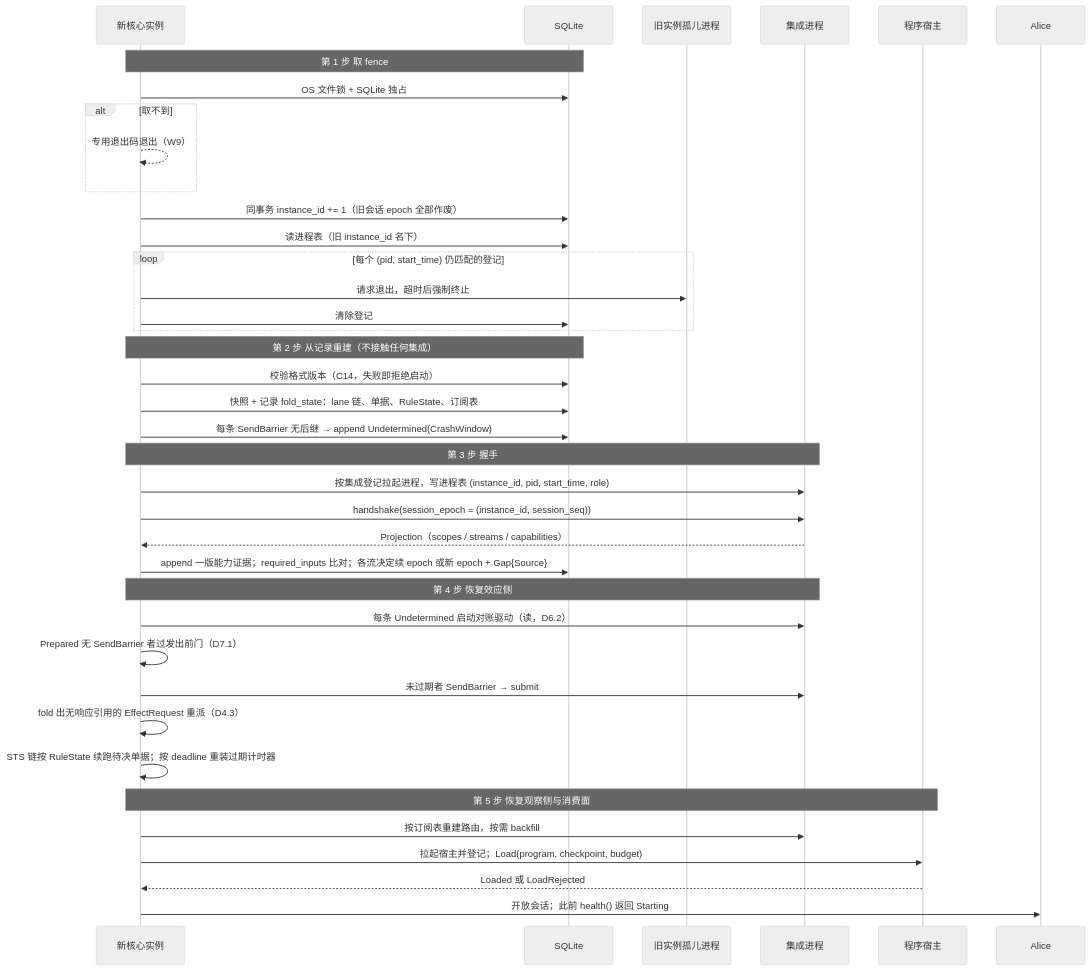
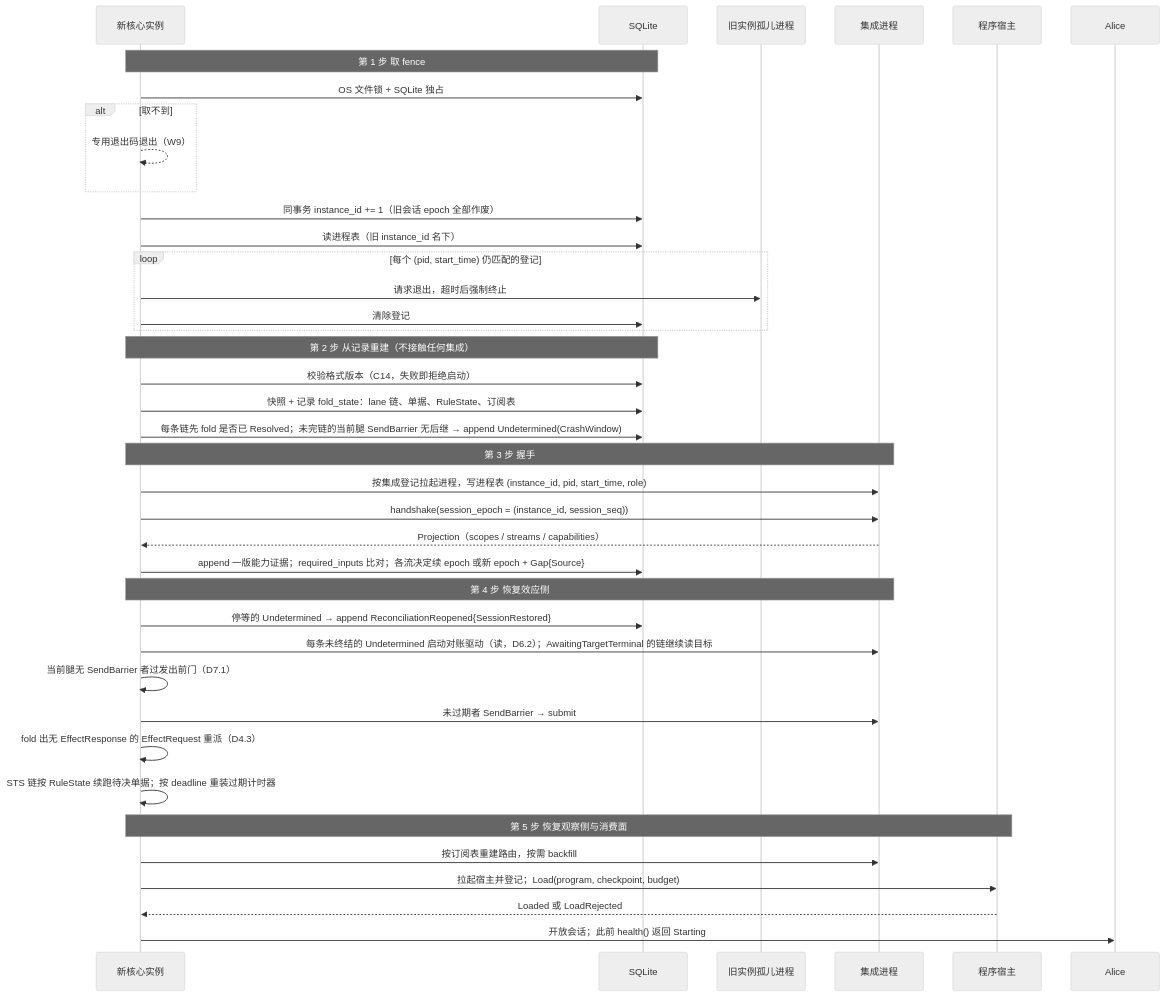
One commit to mouriya-s-lab/uta changed the second of 4 diagrams in design/diagrams/01-process-topology.md. Above: the diagram before and after it, drawn with Mermaid (neutral theme). The commit also changed other lines of this file and 9 other files, not shown here.

Commit message:
设计：并入 astra 复核——腿身份 AttemptRef、回执/证据字节归执行事实、EffectResponse 完成事实、AwaitingTargetTerminal 有界出口、ReconciliationReopened 重开取证、取证记录矩阵（Unavailable 不算取证）、lane 集合语义贯通、恢复先判 Resolved、alignment 读当前流末 + checked_as_of、一版一决 Conflict(AlreadyDecided)、Lag/完备位置切面、唯一边=类型依赖与语义消费、XA 类比改设计标签；图 D1–D9 同步

````diff
--- a/design/diagrams/01-process-topology.md
+++ b/design/diagrams/01-process-topology.md
@@ -49,40 +49,41 @@
 ```mermaid
 sequenceDiagram
   participant N as 新核心实例
   participant DB as SQLite
   participant O as 旧实例孤儿进程
   participant I as 集成进程
   participant H as 程序宿主
   participant A as Alice
   Note over N,DB: 第 1 步 取 fence
   N->>DB: OS 文件锁 + SQLite 独占
   alt 取不到
     N-->>N: 专用退出码退出（W9）
   end
   N->>DB: 同事务 instance_id += 1（旧会话 epoch 全部作废）
   N->>DB: 读进程表（旧 instance_id 名下）
   loop 每个 (pid, start_time) 仍匹配的登记
     N->>O: 请求退出，超时后强制终止
     N->>DB: 清除登记
   end
   Note over N,DB: 第 2 步 从记录重建（不接触任何集成）
   N->>DB: 校验格式版本（C14，失败即拒绝启动）
   N->>DB: 快照 + 记录 fold_state：lane 链、单据、RuleState、订阅表
-  N->>DB: 每条 SendBarrier 无后继 → append Undetermined(CrashWindow)
+  N->>DB: 每条链先 fold 是否已 Resolved；未完链的当前腿 SendBarrier 无后继 → append Undetermined(CrashWindow)
   Note over N,I: 第 3 步 握手
   N->>I: 按集成登记拉起进程，写进程表 (instance_id, pid, start_time, role)
   N->>I: handshake(session_epoch = (instance_id, session_seq))
   I-->>N: Projection（scopes / streams / capabilities）
   N->>DB: append 一版能力证据；required_inputs 比对；各流决定续 epoch 或新 epoch + Gap{Source}
   Note over N,I: 第 4 步 恢复效应侧
-  N->>I: 每条 Undetermined 启动对账驱动（读，D6.2）
-  N->>N: Prepared 无 SendBarrier 者过发出前门（D7.1）
+  N->>DB: 停等的 Undetermined → append ReconciliationReopened{SessionRestored}
+  N->>I: 每条未终结的 Undetermined 启动对账驱动（读，D6.2）；AwaitingTargetTerminal 的链继续读目标
+  N->>N: 当前腿无 SendBarrier 者过发出前门（D7.1）
   N->>I: 未过期者 SendBarrier → submit
-  N->>N: fold 出无响应引用的 EffectRequest 重派（D4.3）
+  N->>N: fold 出无 EffectResponse 的 EffectRequest 重派（D4.3）
   N->>N: STS 链按 RuleState 续跑待决单据；按 deadline 重装过期计时器
   Note over N,H: 第 5 步 恢复观察侧与消费面
   N->>I: 按订阅表重建路由，按需 backfill
   N->>H: 拉起宿主并登记；Load(program, checkpoint, budget)
   H-->>N: Loaded 或 LoadRejected
   N->>A: 开放会话；此前 health() 返回 Starting
 ```
````
